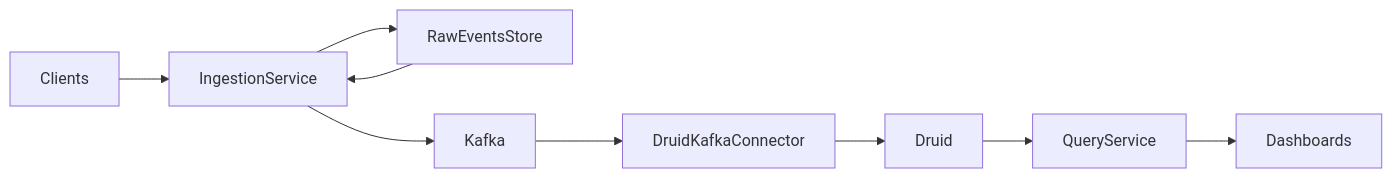
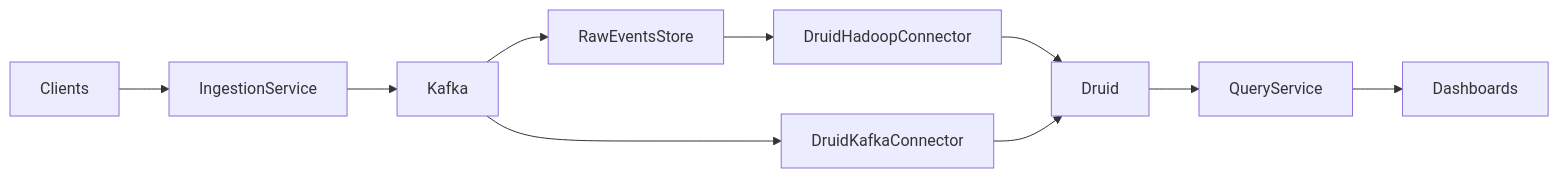
Before and after one commit to vishnuvisnu/flow-aggregation-service: the diagram in README.md, drawn with Mermaid. The commit also changed other lines of this file, not shown here.

````diff
--- a/README.md
+++ b/README.md
@@ -124,11 +124,12 @@
 ```mermaid
 graph LR;
   Clients --> IngestionService;
-  IngestionService --> RawEventsStore;
-  RawEventsStore --> IngestionService;
+  RawEventsStore --> DruidHadoopConnector;
+  DruidHadoopConnector --> Druid;
   IngestionService --> Kafka;
+  Kafka --> RawEventsStore;
   Kafka --> DruidKafkaConnector;
   DruidKafkaConnector --> Druid;
   Druid --> QueryService;
   QueryService --> Dashboards
 ```
````
